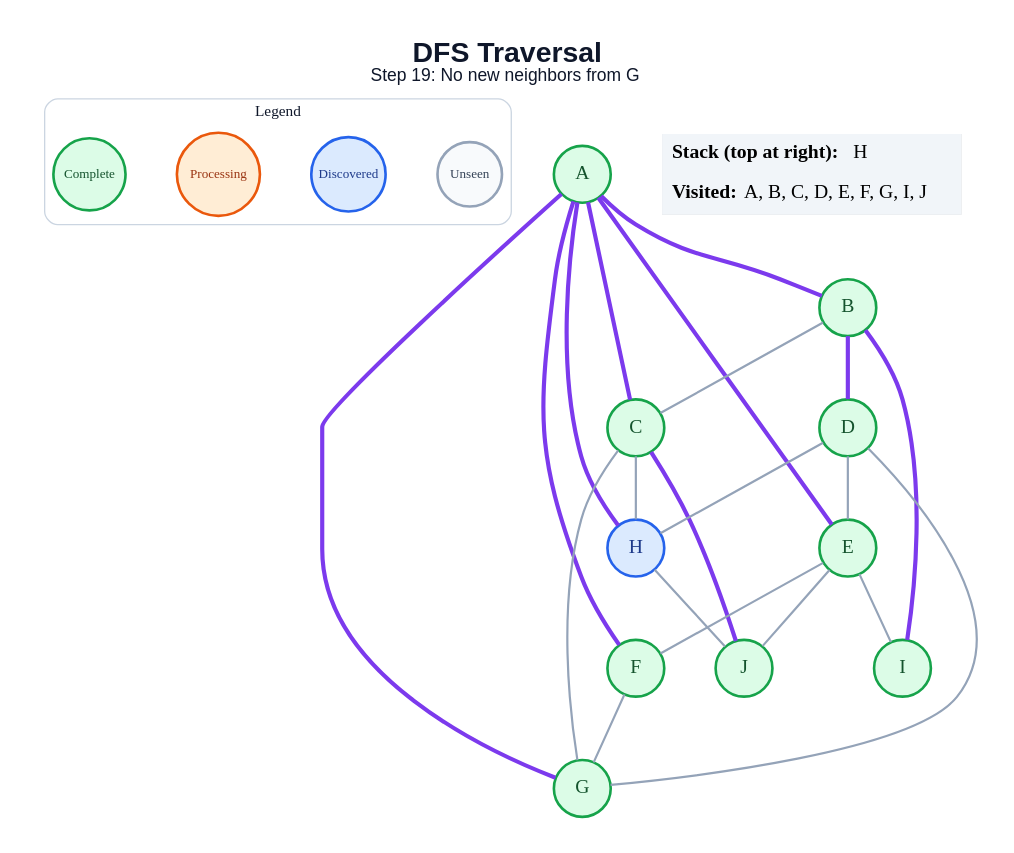
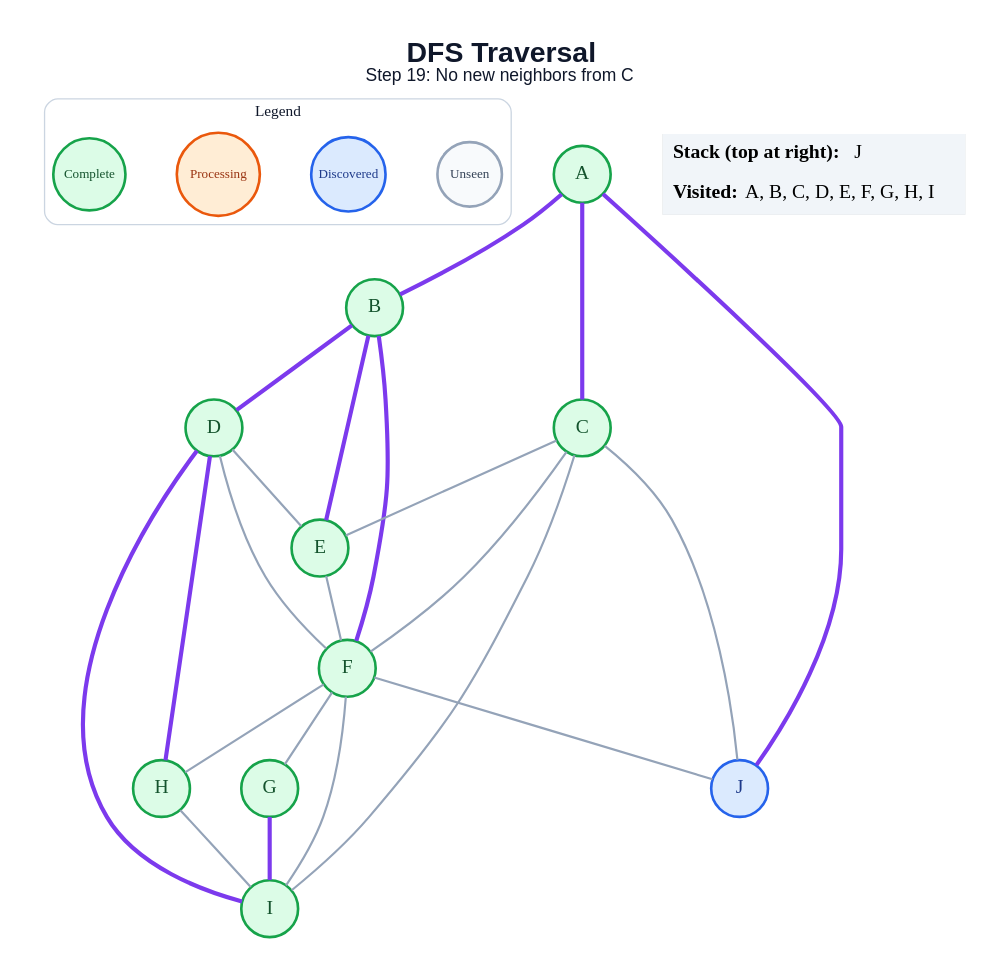
One commit to amanghodawala9/ai-slop changed the diagram in generated/dfs/step_19.dot. Above: the diagram before and after it, drawn with Graphviz. The commit also changed 178 other files, not shown here.

```diff
--- a/generated/dfs/step_19.dot
+++ b/generated/dfs/step_19.dot
@@ -1,49 +1,50 @@
 graph traversal {
   graph [layout=dot, rankdir=TB, bgcolor="#FFFFFF", pad="0.35", nodesep="0.65", ranksep="0.8", fontname="Arial"];
   node [shape=circle, style="filled", fontname="Arial Bold", fontsize=18, width=0.72, fixedsize=true, penwidth=2.4];
   edge [color="#94A3B8", penwidth=2.0];
-  label=<<B>DFS Traversal</B><BR/><FONT POINT-SIZE="16">Step 19: No new neighbors from G</FONT>>; labelloc="t"; fontsize=26; fontname="Arial"; fontcolor="#0F172A";
+  label=<<B>DFS Traversal</B><BR/><FONT POINT-SIZE="16">Step 19: No new neighbors from C</FONT>>; labelloc="t"; fontsize=26; fontname="Arial"; fontcolor="#0F172A";
   subgraph cluster_legend { label="Legend"; color="#CBD5E1"; penwidth=1.2; style="rounded"; fontsize=14; fontname="Arial Bold";
     key_unseen [label="Unseen", fillcolor="#F8FAFC", color="#94A3B8", fontcolor="#334155", fontsize=12, width=0.82];
     key_frontier [label="Discovered", fillcolor="#DBEAFE", color="#2563EB", fontcolor="#1E3A8A", fontsize=12, width=0.95];
     key_current [label="Processing", fillcolor="#FFEDD5", color="#EA580C", fontcolor="#9A3412", fontsize=12, width=1.05];
     key_done [label="Complete", fillcolor="#DCFCE7", color="#16A34A", fontcolor="#14532D", fontsize=12, width=0.92];
     { rank=same; key_unseen; key_frontier; key_current; key_done; }
   }
   A [fillcolor="#DCFCE7", color="#16A34A", fontcolor="#14532D"];
   B [fillcolor="#DCFCE7", color="#16A34A", fontcolor="#14532D"];
   C [fillcolor="#DCFCE7", color="#16A34A", fontcolor="#14532D"];
   D [fillcolor="#DCFCE7", color="#16A34A", fontcolor="#14532D"];
   E [fillcolor="#DCFCE7", color="#16A34A", fontcolor="#14532D"];
   F [fillcolor="#DCFCE7", color="#16A34A", fontcolor="#14532D"];
   G [fillcolor="#DCFCE7", color="#16A34A", fontcolor="#14532D"];
-  H [fillcolor="#DBEAFE", color="#2563EB", fontcolor="#1E3A8A"];
+  H [fillcolor="#DCFCE7", color="#16A34A", fontcolor="#14532D"];
   I [fillcolor="#DCFCE7", color="#16A34A", fontcolor="#14532D"];
-  J [fillcolor="#DCFCE7", color="#16A34A", fontcolor="#14532D"];
+  J [fillcolor="#DBEAFE", color="#2563EB", fontcolor="#1E3A8A"];
   A -- B [color="#7C3AED", penwidth=3.8];
   A -- C [color="#7C3AED", penwidth=3.8];
-  A -- E [color="#7C3AED", penwidth=3.8];
-  A -- F [color="#7C3AED", penwidth=3.8];
-  A -- G [color="#7C3AED", penwidth=3.8];
-  A -- H [color="#7C3AED", penwidth=3.8];
-  B -- C;
+  A -- J [color="#7C3AED", penwidth=3.8];
   B -- D [color="#7C3AED", penwidth=3.8];
-  B -- I [color="#7C3AED", penwidth=3.8];
-  C -- G;
-  C -- H;
-  C -- J [color="#7C3AED", penwidth=3.8];
+  B -- E [color="#7C3AED", penwidth=3.8];
+  B -- F [color="#7C3AED", penwidth=3.8];
+  C -- E;
+  C -- F;
+  C -- I;
+  C -- J;
   D -- E;
-  D -- G;
-  D -- H;
+  D -- F;
+  D -- H [color="#7C3AED", penwidth=3.8];
+  D -- I [color="#7C3AED", penwidth=3.8];
   E -- F;
-  E -- I;
-  E -- J;
   F -- G;
-  H -- J;
+  F -- H;
+  F -- I;
+  F -- J;
+  G -- I [color="#7C3AED", penwidth=3.8];
+  H -- I;
   status [shape=plain, fixedsize=false, width=0, height=0, margin=0, label=<
     <TABLE BORDER="0" CELLBORDER="0" CELLPADDING="7" BGCOLOR="#F1F5F9">
-      <TR><TD ALIGN="LEFT"><B>Stack (top at right):</B> H</TD></TR>
-      <TR><TD ALIGN="LEFT"><B>Visited:</B> A, B, C, D, E, F, G, I, J</TD></TR>
+      <TR><TD ALIGN="LEFT"><B>Stack (top at right):</B> J</TD></TR>
+      <TR><TD ALIGN="LEFT"><B>Visited:</B> A, B, C, D, E, F, G, H, I</TD></TR>
     </TABLE>
   >];
 }
```
